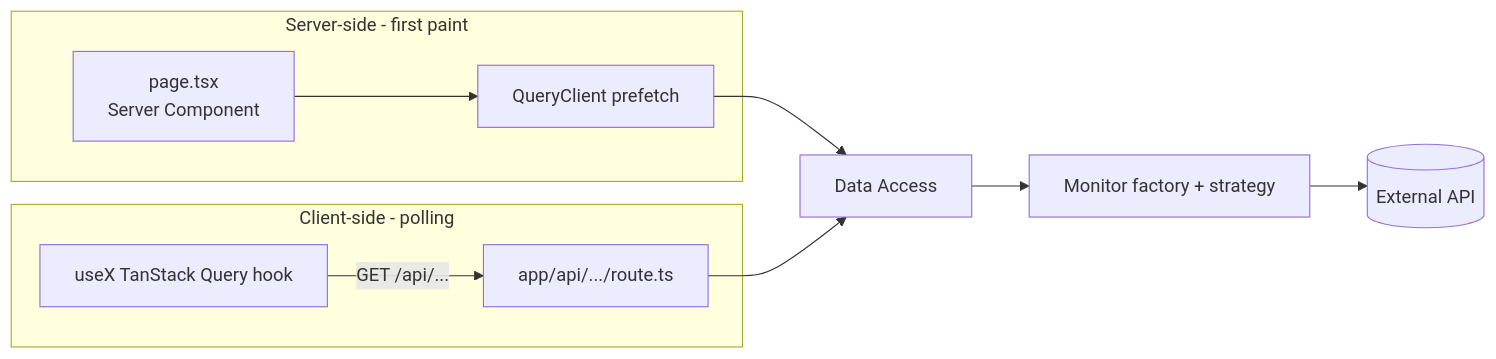
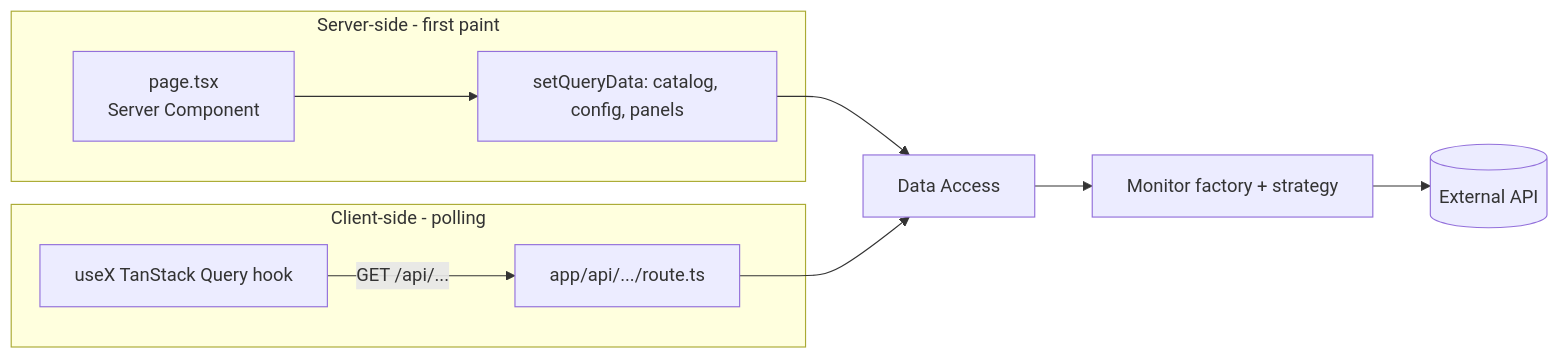
The second of 11 diagrams in apps/docs-site/docs/data-flow.md (webteamuxco/dashboard-monitor), drawn with Mermaid before and after one commit. The commit also changed other lines of this file and 10 other files, not shown here.

````diff
--- a/apps/docs-site/docs/data-flow.md
+++ b/apps/docs-site/docs/data-flow.md
@@ -43,16 +45,16 @@
 ```mermaid
 flowchart LR
     subgraph SSR[Server-side - first paint]
         Page[page.tsx<br/>Server Component]
-        QC[QueryClient prefetch]
+        QC[setQueryData: catalog, config, panels]
         Page --> QC
     end
     subgraph CSR[Client-side - polling]
         Hook[useX TanStack Query hook]
         Hook -->|GET /api/...| Route[app/api/.../route.ts]
     end
     QC --> DA[Data Access]
     Route --> DA
     DA --> Mon[Monitor factory + strategy]
     Mon --> Ext[(External API)]
 ```
````
